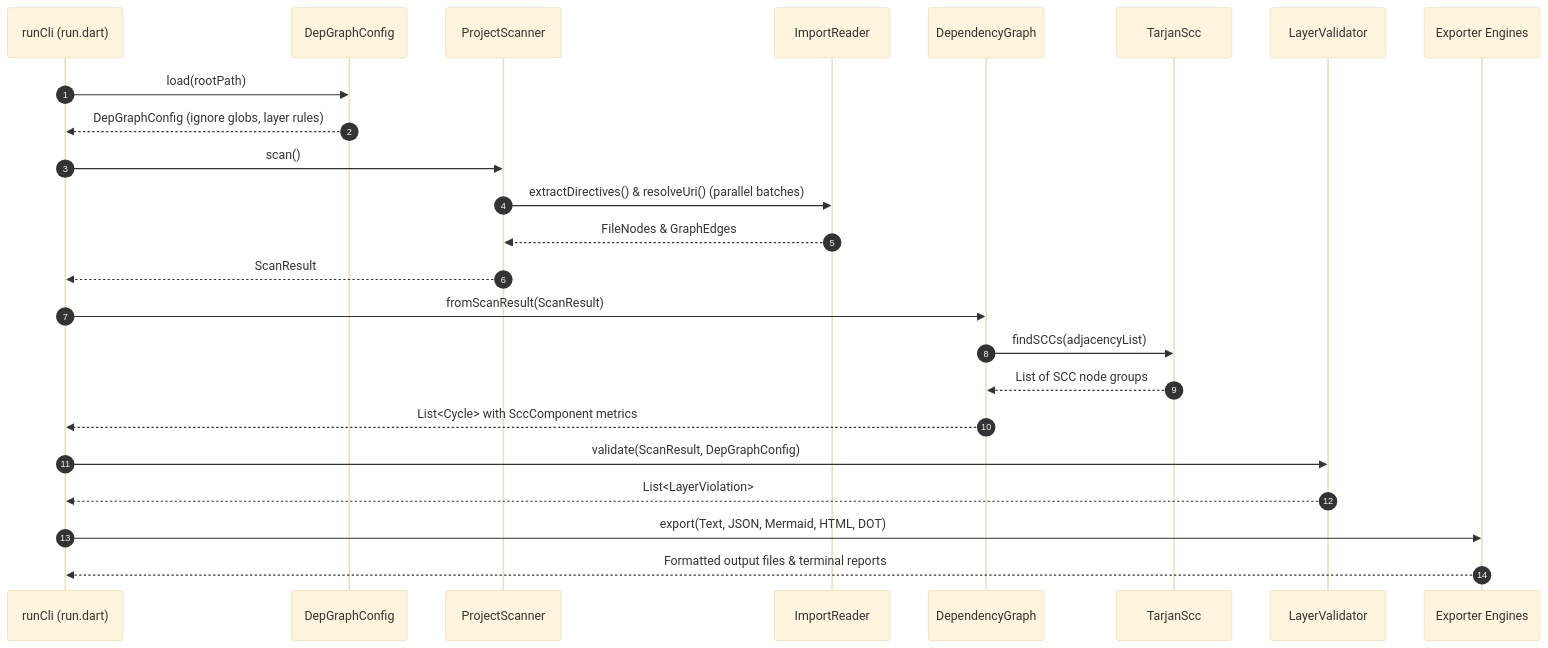
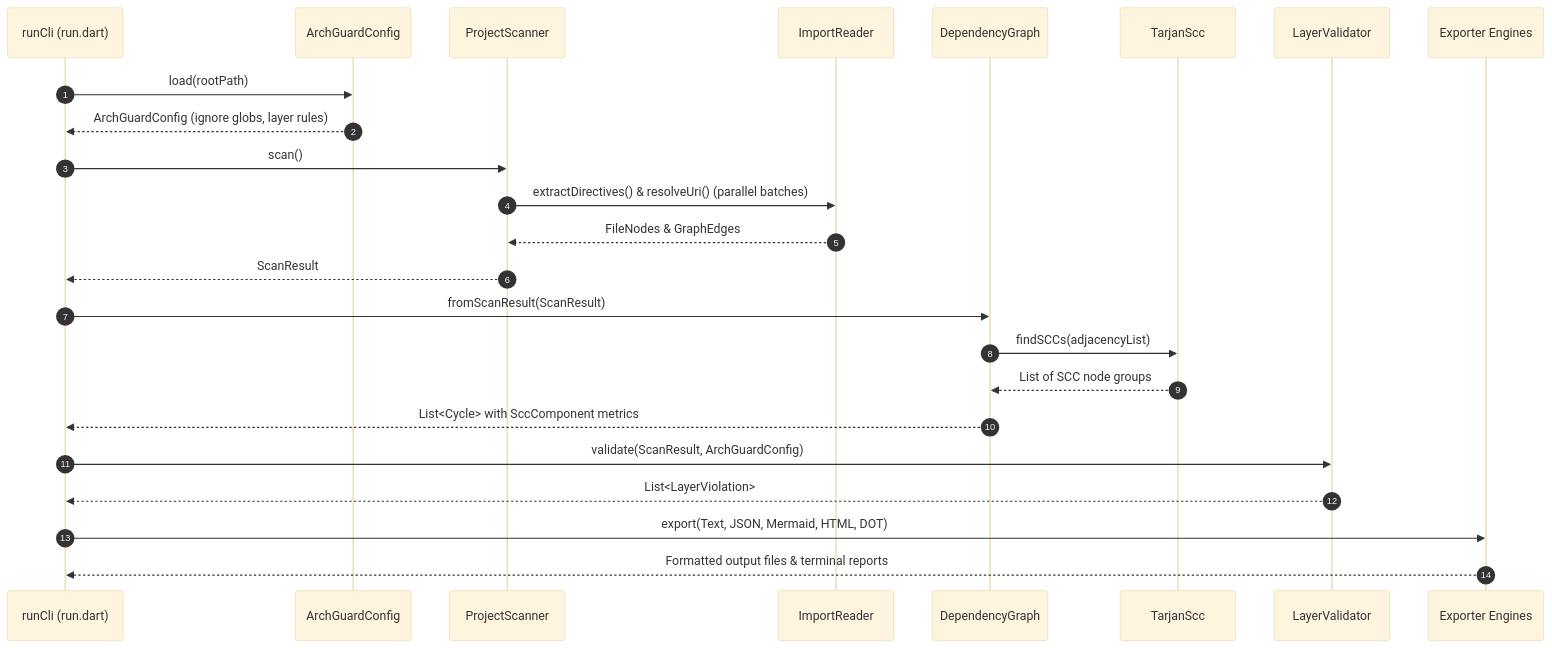
Before and after one commit to creatorpiyush/arch_guard: the second of 2 diagrams in ARCHITECTURE.md, drawn with Mermaid (base theme). The commit also changed other lines of this file and 25 other files, not shown here.

````diff
--- a/ARCHITECTURE.md
+++ b/ARCHITECTURE.md
@@ -97,31 +97,31 @@
 ```mermaid
 sequenceDiagram
     autonumber
     participant CLI as runCli (run.dart)
-    participant Config as DepGraphConfig
+    participant Config as ArchGuardConfig
     participant Scanner as ProjectScanner
     participant Reader as ImportReader
     participant Graph as DependencyGraph
     participant Tarjan as TarjanScc
     participant Validator as LayerValidator
     participant Exporters as Exporter Engines
 
     CLI->>Config: load(rootPath)
-    Config-->>CLI: DepGraphConfig (ignore globs, layer rules)
+    Config-->>CLI: ArchGuardConfig (ignore globs, layer rules)
 
     CLI->>Scanner: scan()
     Scanner->>Reader: extractDirectives() & resolveUri() (parallel batches)
     Reader-->>Scanner: FileNodes & GraphEdges
     Scanner-->>CLI: ScanResult
 
     CLI->>Graph: fromScanResult(ScanResult)
     Graph->>Tarjan: findSCCs(adjacencyList)
     Tarjan-->>Graph: List of SCC node groups
     Graph-->>CLI: List<Cycle> with SccComponent metrics
 
-    CLI->>Validator: validate(ScanResult, DepGraphConfig)
+    CLI->>Validator: validate(ScanResult, ArchGuardConfig)
     Validator-->>CLI: List<LayerViolation>
 
     CLI->>Exporters: export(Text, JSON, Mermaid, HTML, DOT)
     Exporters-->>CLI: Formatted output files & terminal reports
 ```
````
